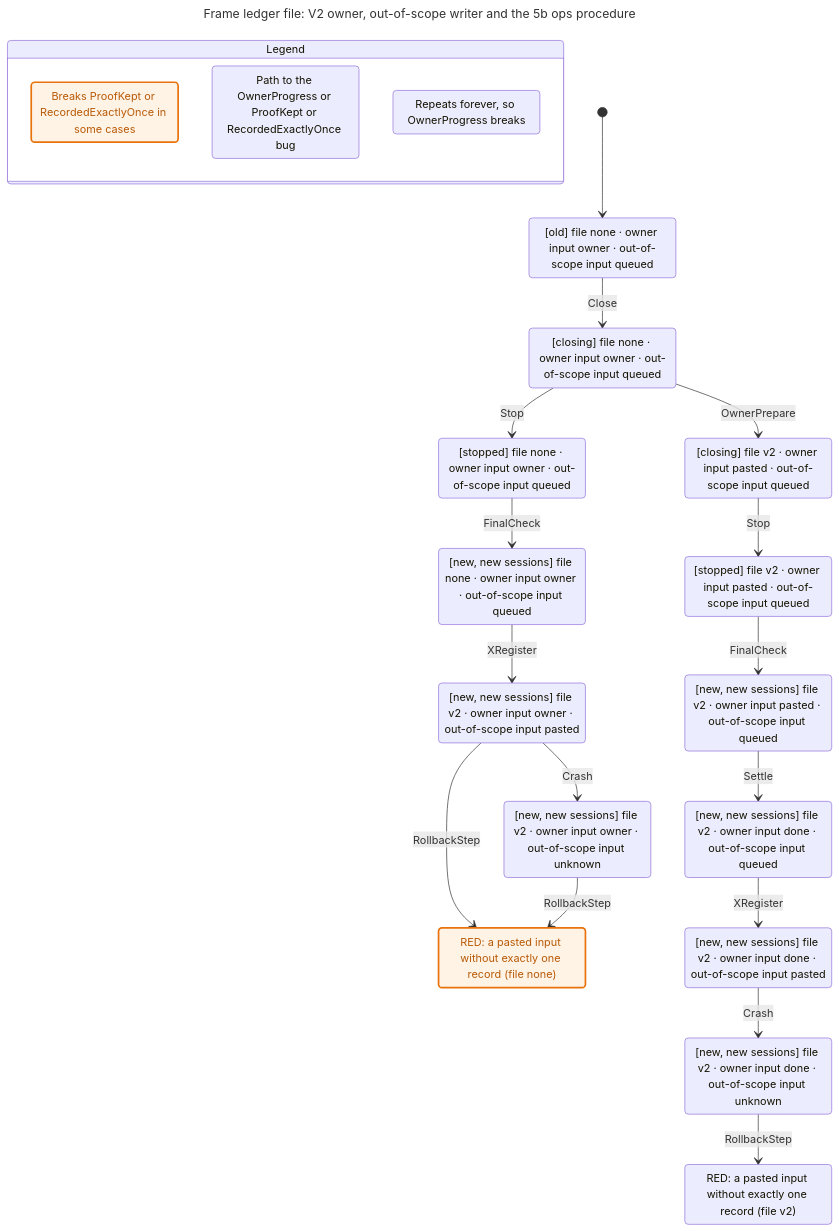
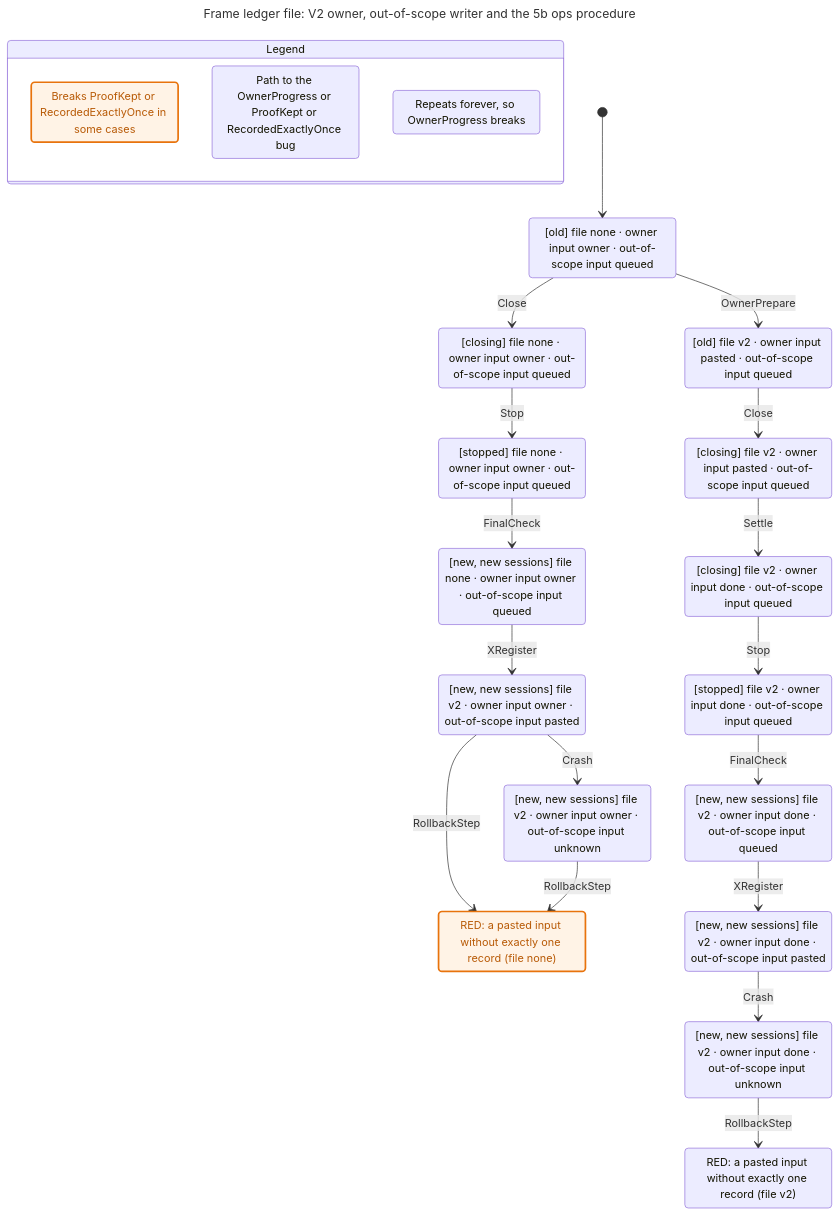
One commit to itismyfield/AgentDesk changed the diagram in docs/statecharts/input-single-path/ledger-format-deploy-rollback-ledger.chart.mmd. Above: the diagram before and after it, drawn with Mermaid. The commit also changed 16 other files, not shown here.

```diff
--- a/docs/statecharts/input-single-path/ledger-format-deploy-rollback-ledger.chart.mmd
+++ b/docs/statecharts/input-single-path/ledger-format-deploy-rollback-ledger.chart.mmd
@@ -1,57 +1,60 @@
 ---
 title: "Frame ledger file: V2 owner, out-of-scope writer and the 5b ops procedure"
 ---
 stateDiagram-v2
   state "Legend" as legend {
     lg0: Breaks ProofKept or RecordedExactlyOnce in some cases
     lg1: Path to the OwnerProgress or ProofKept or RecordedExactlyOnce bug
     lg2: Repeats forever, so OwnerProgress breaks
   }
   class lg0 mayBreak
   class lg1 bugPath
   class lg2 repeats
   s0: [old] file none #183; owner input owner #183; out-of-scope input queued
   s1: [closing] file none #183; owner input owner #183; out-of-scope input queued
-  s2: [stopped] file none #183; owner input owner #183; out-of-scope input queued
-  s3: [closing] file v2 #183; owner input pasted #183; out-of-scope input queued
-  s4: [new, new sessions] file none #183; owner input owner #183; out-of-scope input queued
-  s5: [stopped] file v2 #183; owner input pasted #183; out-of-scope input queued
-  s6: [new, new sessions] file v2 #183; owner input pasted #183; out-of-scope input queued
-  s7: [new, new sessions] file v2 #183; owner input owner #183; out-of-scope input pasted
-  s8: RED: a pasted input without exactly one record (file none)
-  s9: [new, new sessions] file v2 #183; owner input done #183; out-of-scope input queued
-  s10: [new, new sessions] file v2 #183; owner input owner #183; out-of-scope input unknown
-  s11: [new, new sessions] file v2 #183; owner input done #183; out-of-scope input pasted
-  s12: [new, new sessions] file v2 #183; owner input done #183; out-of-scope input unknown
-  s13: RED: a pasted input without exactly one record (file v2)
+  s2: [old] file v2 #183; owner input pasted #183; out-of-scope input queued
+  s3: [stopped] file none #183; owner input owner #183; out-of-scope input queued
+  s4: [closing] file v2 #183; owner input pasted #183; out-of-scope input queued
+  s5: [new, new sessions] file none #183; owner input owner #183; out-of-scope input queued
+  s6: [closing] file v2 #183; owner input done #183; out-of-scope input queued
+  s7: [stopped] file v2 #183; owner input done #183; out-of-scope input queued
+  s8: [new, new sessions] file v2 #183; owner input owner #183; out-of-scope input pasted
+  s9: RED: a pasted input without exactly one record (file none)
+  s10: [new, new sessions] file v2 #183; owner input done #183; out-of-scope input queued
+  s11: [new, new sessions] file v2 #183; owner input owner #183; out-of-scope input unknown
+  s12: [new, new sessions] file v2 #183; owner input done #183; out-of-scope input pasted
+  s13: [new, new sessions] file v2 #183; owner input done #183; out-of-scope input unknown
+  s14: RED: a pasted input without exactly one record (file v2)
   [*] --> s0
   s0 --> s1: Close
-  s1 --> s2: Stop
-  s1 --> s3: OwnerPrepare
-  s2 --> s4: FinalCheck
-  s3 --> s5: Stop
-  s4 --> s7: XRegister
-  s5 --> s6: FinalCheck
-  s6 --> s9: Settle
-  s7 --> s8: RollbackStep
-  s7 --> s10: Crash
-  s9 --> s11: XRegister
-  s10 --> s8: RollbackStep
-  s11 --> s12: Crash
-  s12 --> s13: RollbackStep
+  s0 --> s2: OwnerPrepare
+  s1 --> s3: Stop
+  s2 --> s4: Close
+  s3 --> s5: FinalCheck
+  s4 --> s6: Settle
+  s5 --> s8: XRegister
+  s6 --> s7: Stop
+  s7 --> s10: FinalCheck
+  s8 --> s9: RollbackStep
+  s8 --> s11: Crash
+  s10 --> s12: XRegister
+  s11 --> s9: RollbackStep
+  s12 --> s13: Crash
+  s13 --> s14: RollbackStep
   classDef mayBreak fill:#fff3e6,stroke:#e8730c,stroke-width:2.5px,color:#b85a06
   class s0 bugPath
   class s1 bugPath
   class s2 bugPath
   class s3 bugPath
   class s4 bugPath
   class s5 bugPath
   class s6 bugPath
   class s7 bugPath
-  class s8 mayBreak
   class s8 bugPath
+  class s9 mayBreak
   class s9 bugPath
   class s10 bugPath
   class s11 bugPath
   class s12 bugPath
-  class s13 repeats
+  class s13 bugPath
+  class s14 repeats
```
